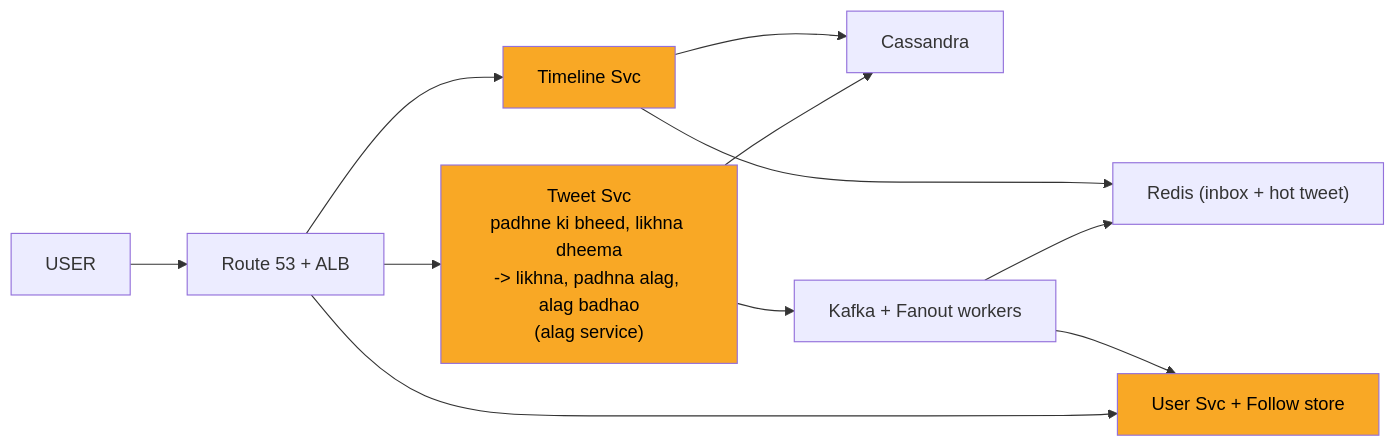
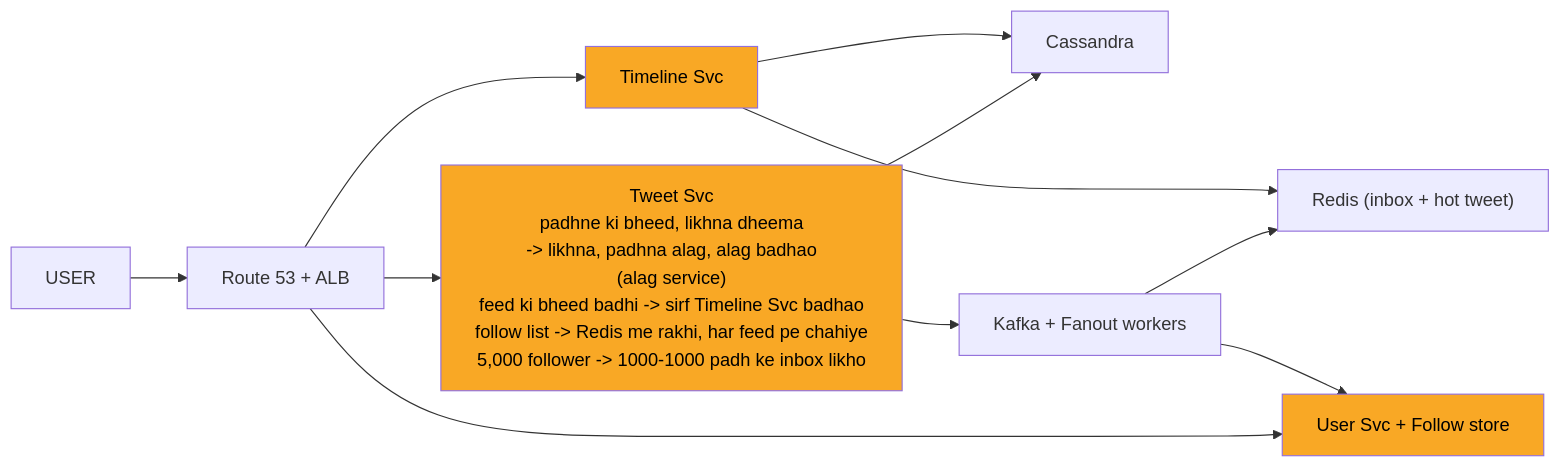
One commit to ArpanMaheshwari144/Prep changed the tenth of 12 diagrams in 04_HLD/SYSTEM_DESIGNS/03_twitter_feed/03_twitter_feed.md. Above: the diagram before and after it, drawn with Mermaid. The commit also changed other lines of this file and 12 other files, not shown here.

Commit message:
hld 02-14: peele dabbe me SAFAR ke mod + diagram chauda (wrappingWidth 450)

````diff
--- a/04_HLD/SYSTEM_DESIGNS/03_twitter_feed/03_twitter_feed.md
+++ b/04_HLD/SYSTEM_DESIGNS/03_twitter_feed/03_twitter_feed.md
@@ -405,24 +414,25 @@
 ```mermaid
+%%{init: {"flowchart": {"wrappingWidth": 450}}}%%
 flowchart LR
     n_USER["USER"]
     n_EDGE["Route 53 + ALB"]
-    n_Tweet_Svc["Tweet Svc<br/>padhne ki bheed, likhna dheema<br/>-> likhna, padhna alag, alag badhao<br/>(alag service)"]
+    n_Tweet_Svc["Tweet Svc<br/>padhne ki bheed, likhna dheema<br/>-> likhna, padhna alag, alag badhao<br/>(alag service)<br/>feed ki bheed badhi -> sirf Timeline Svc badhao<br/>follow list -> Redis me rakhi, har feed pe chahiye<br/>5,000 follower -> 1000-1000 padh ke inbox likho"]
     n_Cassandra["Cassandra"]
     n_FAN["Kafka + Fanout workers"]
     n_RI["Redis (inbox + hot tweet)"]
     n_Timeline_Svc["Timeline Svc"]
     n_UG["User Svc + Follow store"]
     n_USER --> n_EDGE
     n_EDGE --> n_Tweet_Svc
     n_EDGE --> n_Timeline_Svc
     n_EDGE --> n_UG
     n_Tweet_Svc --> n_Cassandra
     n_Tweet_Svc --> n_FAN
     n_FAN --> n_RI
     n_Timeline_Svc --> n_RI
     n_Timeline_Svc --> n_Cassandra
     n_FAN --> n_UG
     style n_Tweet_Svc fill:#f9a825,color:#000
     style n_Timeline_Svc fill:#f9a825,color:#000
     style n_UG fill:#f9a825,color:#000
 ```
````
